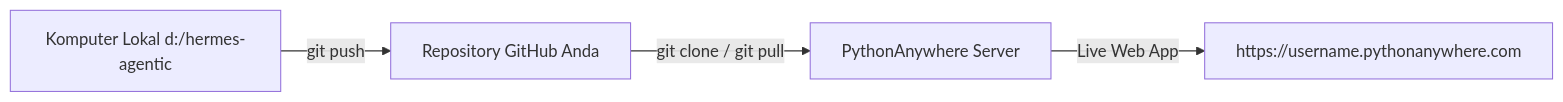
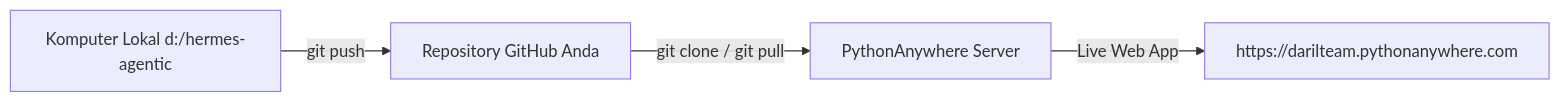
The diagram in PYTHONANYWHERE_DEPLOYMENT_GUIDE.md (daril2work/hermesdarilsteam), drawn with Mermaid before and after one commit. The commit also changed other lines of this file and 12 other files, not shown here.

````diff
--- a/PYTHONANYWHERE_DEPLOYMENT_GUIDE.md
+++ b/PYTHONANYWHERE_DEPLOYMENT_GUIDE.md
@@ -9,6 +9,6 @@
 ```mermaid
 graph LR
     Local[Komputer Lokal d:/hermes-agentic] -->|git push| GitHub[Repository GitHub Anda]
     GitHub -->|git clone / git pull| PA[PythonAnywhere Server]
-    PA -->|Live Web App| Public[https://username.pythonanywhere.com]
+    PA -->|Live Web App| Public[https://darilteam.pythonanywhere.com]
 ```
````
